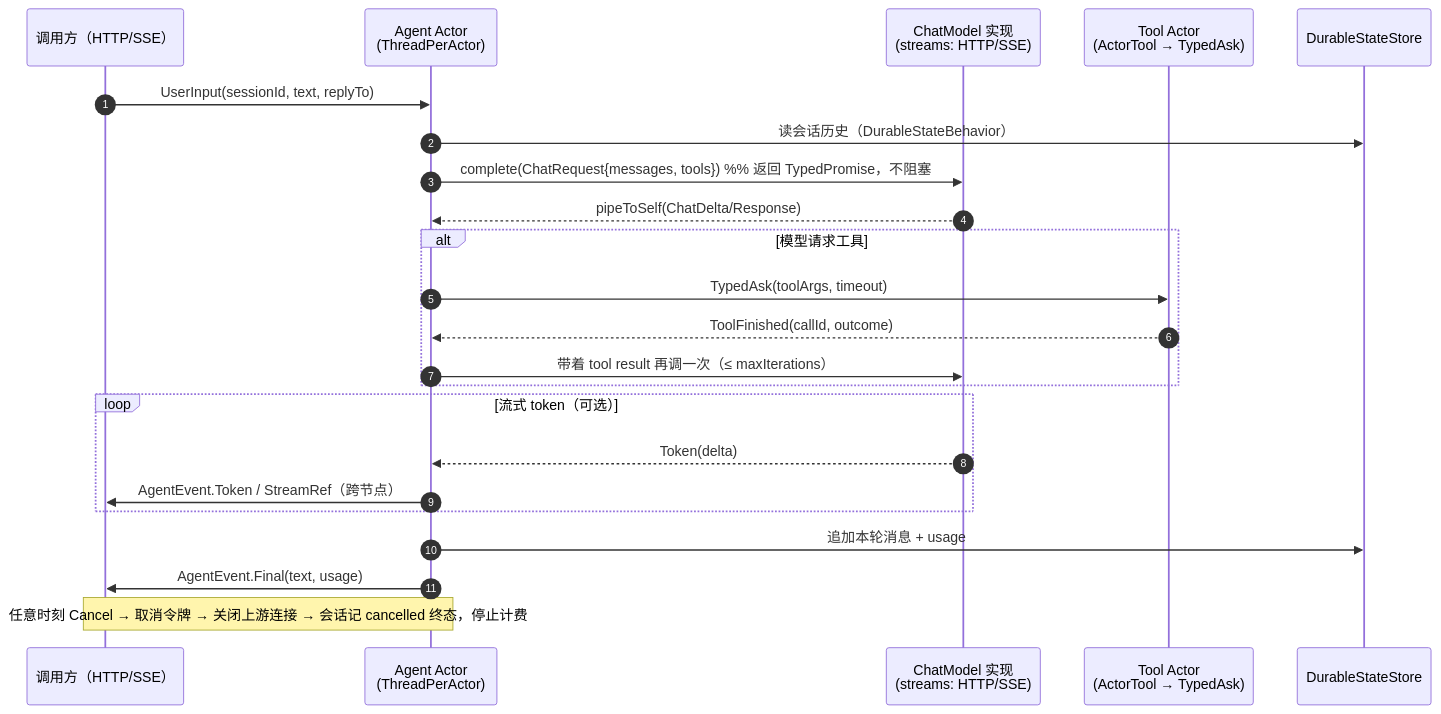
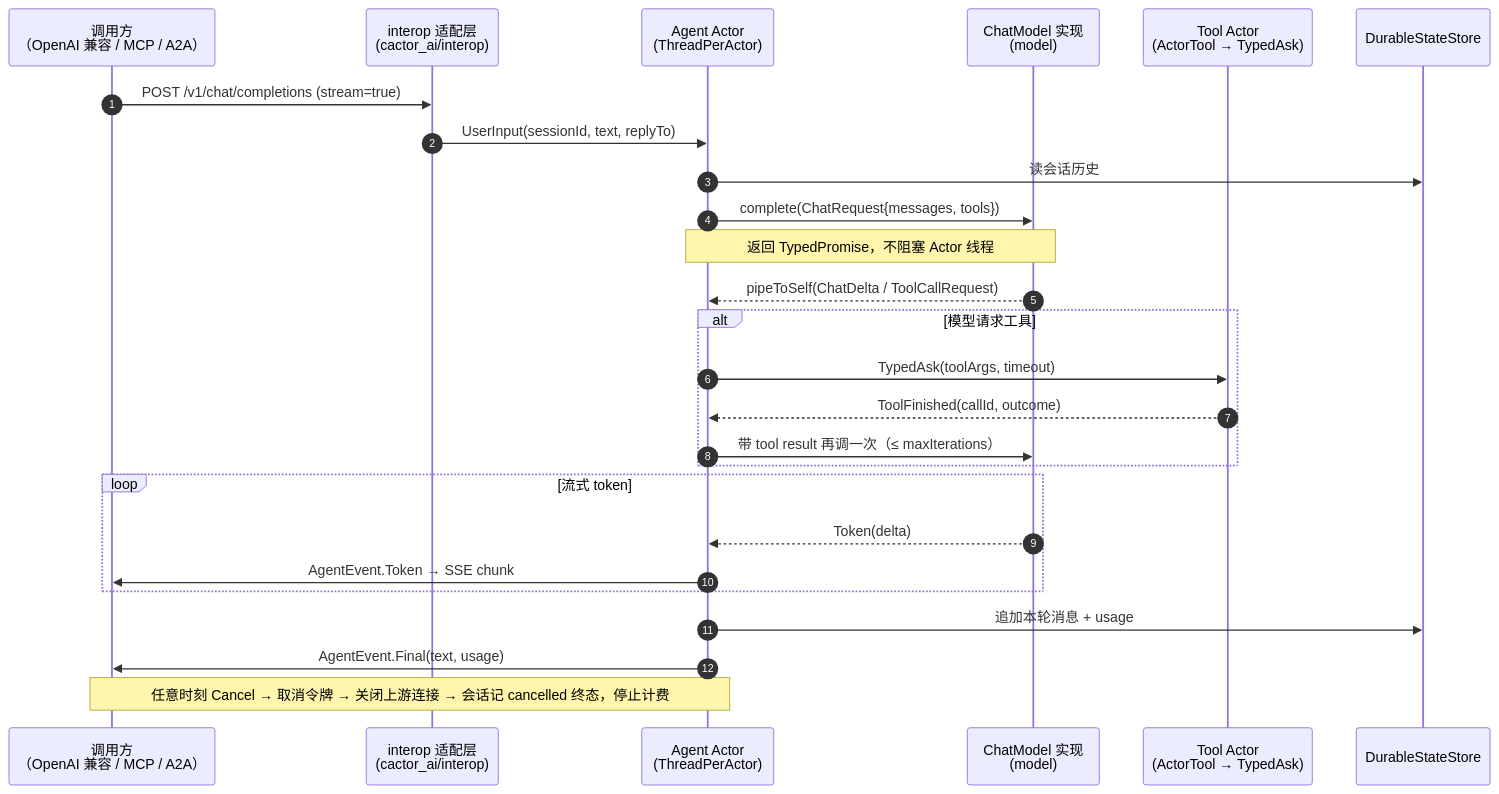
One commit to cangjielanguage-sig/cactor changed the second of 4 diagrams in docs/plan/20261117-actor.md. Above: the diagram before and after it, drawn with Mermaid. The commit also changed other lines of this file, not shown here.

First line of the commit message:
docs: 计划 v3 —— AI 独立为 cactor_ai 底层模块，协议接入现有 Agent 框架，补 River 对照

````diff
--- a/docs/plan/20261117-actor.md
+++ b/docs/plan/20261117-actor.md
@@ -611,26 +742,29 @@
 ```mermaid
 sequenceDiagram
     autonumber
-    participant C as 调用方（HTTP/SSE）
+    participant C as 调用方<br/>（OpenAI 兼容 / MCP / A2A）
+    participant G as interop 适配层<br/>(cactor_ai/interop)
     participant A as Agent Actor<br/>(ThreadPerActor)
-    participant M as ChatModel 实现<br/>(streams: HTTP/SSE)
+    participant M as ChatModel 实现<br/>(model)
     participant T as Tool Actor<br/>(ActorTool → TypedAsk)
     participant S as DurableStateStore
 
-    C->>A: UserInput(sessionId, text, replyTo)
-    A->>S: 读会话历史（DurableStateBehavior）
-    A->>M: complete(ChatRequest{messages, tools})  %% 返回 TypedPromise，不阻塞
-    M-->>A: pipeToSelf(ChatDelta/Response)
+    C->>G: POST /v1/chat/completions (stream=true)
+    G->>A: UserInput(sessionId, text, replyTo)
+    A->>S: 读会话历史
+    A->>M: complete(ChatRequest{messages, tools})
+    Note over A,M: 返回 TypedPromise，不阻塞 Actor 线程
+    M-->>A: pipeToSelf(ChatDelta / ToolCallRequest)
     alt 模型请求工具
         A->>T: TypedAsk(toolArgs, timeout)
         T-->>A: ToolFinished(callId, outcome)
-        A->>M: 带着 tool result 再调一次（≤ maxIterations）
+        A->>M: 带 tool result 再调一次（≤ maxIterations）
     end
-    loop 流式 token（可选）
+    loop 流式 token
         M-->>A: Token(delta)
-        A->>C: AgentEvent.Token / StreamRef（跨节点）
+        A->>C: AgentEvent.Token → SSE chunk
     end
     A->>S: 追加本轮消息 + usage
     A->>C: AgentEvent.Final(text, usage)
     Note over A,C: 任意时刻 Cancel → 取消令牌 → 关闭上游连接 → 会话记 cancelled 终态，停止计费
 ```
````
